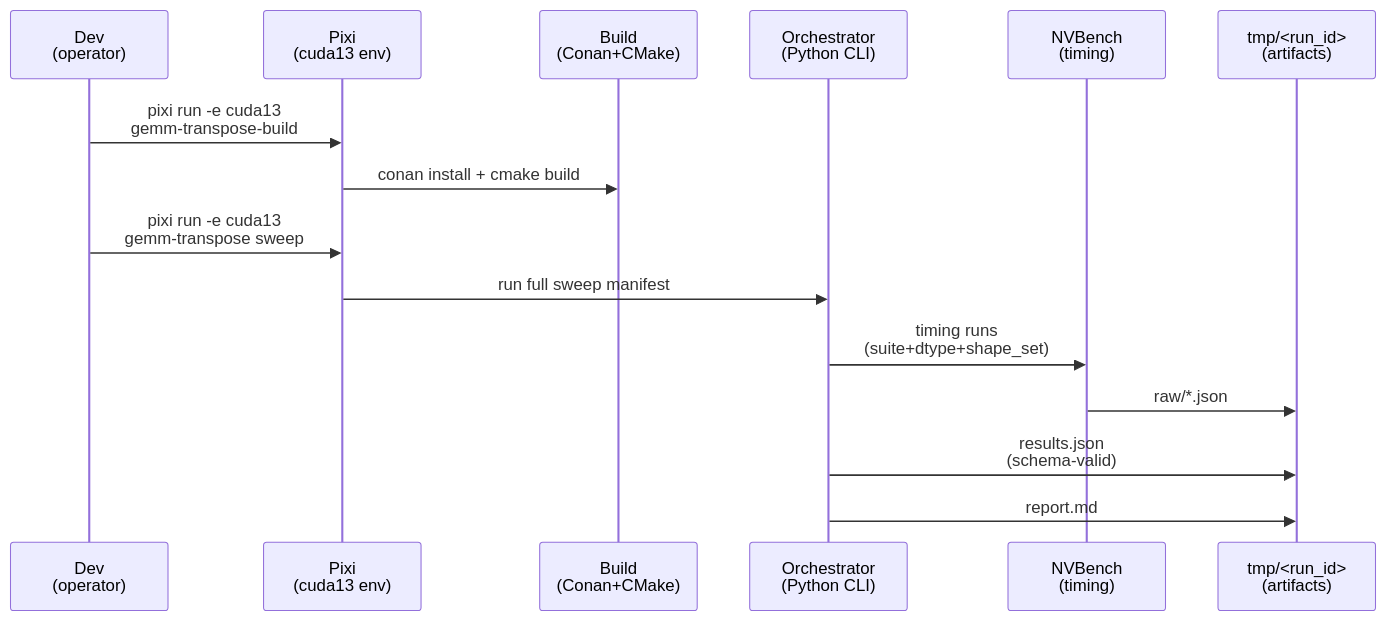
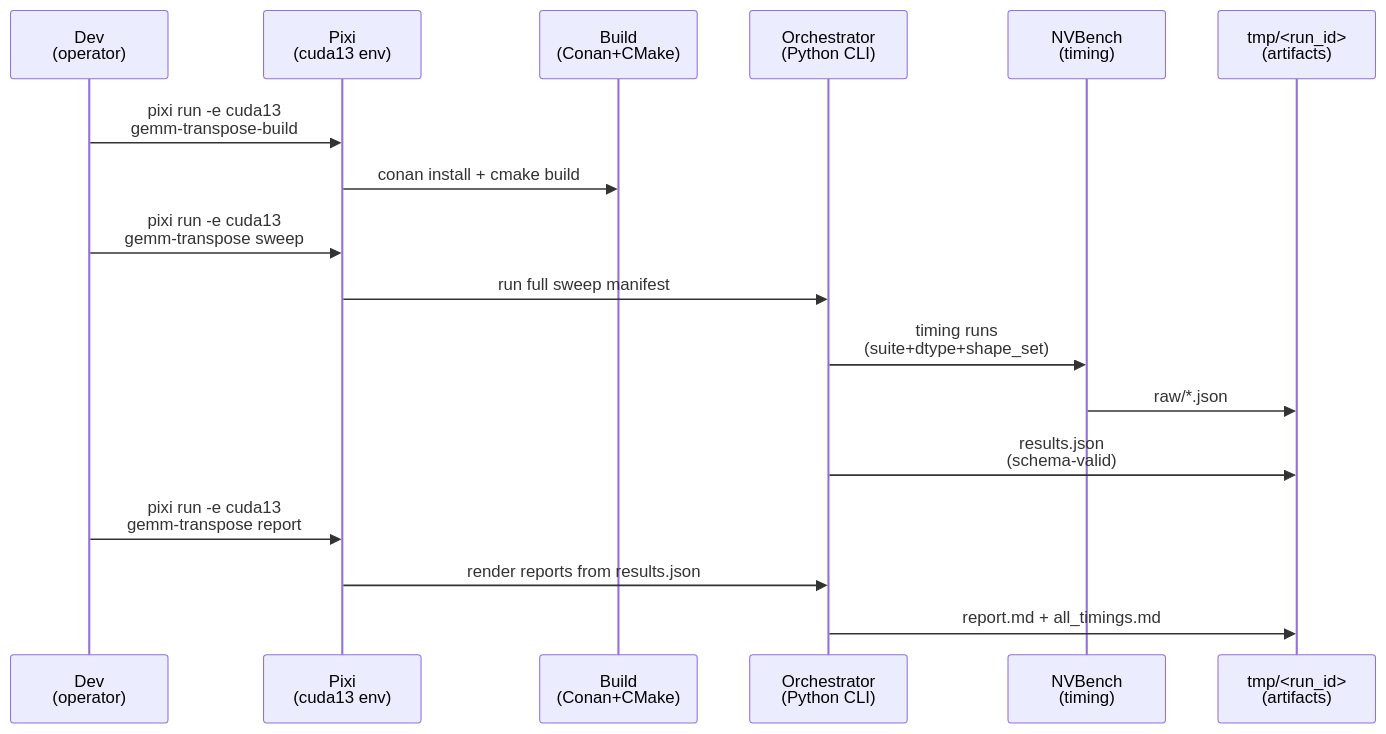
Before and after one commit to CodeGandee/accelsim-test: the diagram in context/plans/plan-gemm-transpose-full-sweep-testing.md, drawn with Mermaid. The commit also changed other lines of this file and 14 other files, not shown here.

First line of the commit message:
Implement full sweep, reporting, and algo pinning for GEMM transpose benchmark

````diff
--- a/context/plans/plan-gemm-transpose-full-sweep-testing.md
+++ b/context/plans/plan-gemm-transpose-full-sweep-testing.md
@@ -157,19 +156,22 @@
 ```mermaid
 sequenceDiagram
   participant Dev as Dev<br/>(operator)
   participant Pixi as Pixi<br/>(cuda13 env)
   participant Build as Build<br/>(Conan+CMake)
   participant Or as Orchestrator<br/>(Python CLI)
   participant NVB as NVBench<br/>(timing)
   participant FS as tmp/<run_id><br/>(artifacts)
 
   Dev->>Pixi: pixi run -e cuda13<br/>gemm-transpose-build
   Pixi->>Build: conan install + cmake build
 
   Dev->>Pixi: pixi run -e cuda13<br/>gemm-transpose sweep
   Pixi->>Or: run full sweep manifest
   Or->>NVB: timing runs<br/>(suite+dtype+shape_set)
   NVB->>FS: raw/*.json
   Or->>FS: results.json<br/>(schema-valid)
-  Or->>FS: report.md
+
+  Dev->>Pixi: pixi run -e cuda13<br/>gemm-transpose report
+  Pixi->>Or: render reports from results.json
+  Or->>FS: report.md + all_timings.md
 ```
````
